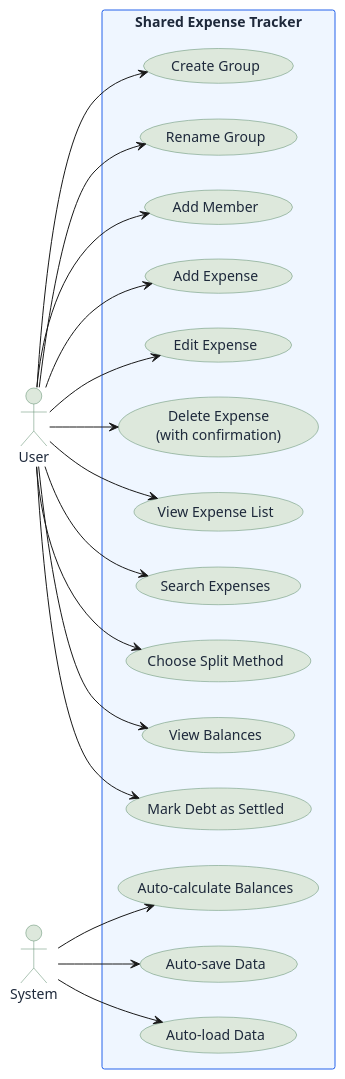
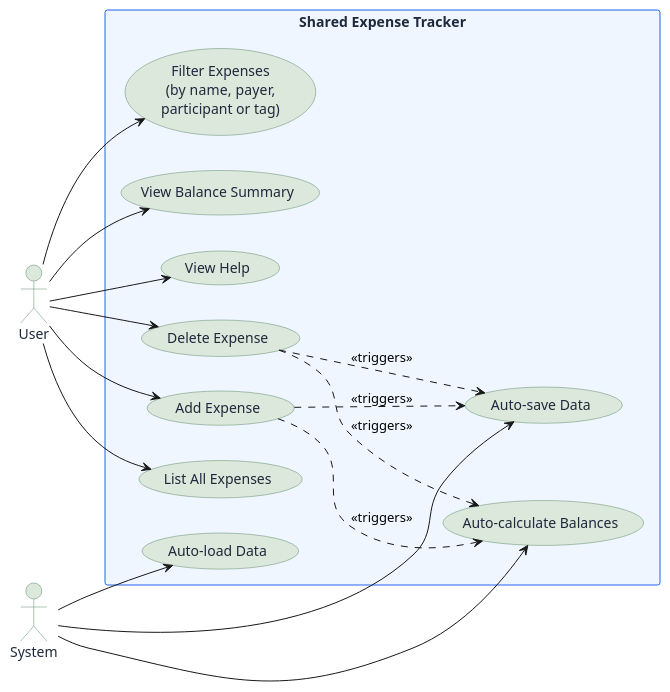
One commit to nus-cs2103de-ay2526s2-grp6/tp changed the diagram in docs/diagrams/UseCaseDiagram.puml. Above: the diagram before and after it, drawn with PlantUML. The commit also changed 3 other files, not shown here.

```diff
--- a/docs/diagrams/UseCaseDiagram.puml
+++ b/docs/diagrams/UseCaseDiagram.puml
@@ -1,63 +1,56 @@
 @startuml
 
 skinparam backgroundColor white
 skinparam defaultFontName Arial
 left to right direction
 
 skinparam usecase {
     BackgroundColor #DDE8DC
     BorderColor #5A8A6A
     FontColor #1E293B
 }
 
 skinparam actor {
     BackgroundColor #DDE8DC
     BorderColor #5A8A6A
     FontColor #1E293B
 }
 
 skinparam rectangle {
     BackgroundColor #EFF6FF
     BorderColor #2563EB
     FontColor #1E293B
 }
 
 actor User as U
 actor System as S
 
 rectangle "Shared Expense Tracker" {
-    usecase "Create Group" as UC1
-    usecase "Rename Group" as UC2
-    usecase "Add Member" as UC3
-    usecase "Add Expense" as UC4
-    usecase "Edit Expense" as UC5
-    usecase "Delete Expense\n(with confirmation)" as UC6
-    usecase "View Expense List" as UC7
-    usecase "Search Expenses" as UC8
-    usecase "Choose Split Method" as UC9
-    usecase "View Balances" as UC10
-    usecase "Mark Debt as Settled" as UC11
-    usecase "Auto-calculate Balances" as UC12
-    usecase "Auto-save Data" as UC13
-    usecase "Auto-load Data" as UC14
+    usecase "Add Expense" as UC1
+    usecase "Delete Expense" as UC2
+    usecase "List All Expenses" as UC3
+    usecase "Filter Expenses\n(by name, payer,\nparticipant or tag)" as UC4
+    usecase "View Balance Summary" as UC5
+    usecase "View Help" as UC6
+    usecase "Auto-calculate Balances" as UC7
+    usecase "Auto-save Data" as UC8
+    usecase "Auto-load Data" as UC9
 }
 
-' User arrows
 U --> UC1
 U --> UC2
 U --> UC3
 U --> UC4
 U --> UC5
 U --> UC6
-U --> UC7
-U --> UC8
-U --> UC9
-U --> UC10
-U --> UC11
 
-' System arrows
-S --> UC12
-S --> UC13
-S --> UC14
+S --> UC7
+S --> UC8
+S --> UC9
+
+UC1 .down.> UC7 : <<triggers>>
+UC1 .down.> UC8 : <<triggers>>
+UC2 .down.> UC7 : <<triggers>>
+UC2 .down.> UC8 : <<triggers>>
 
 @enduml
```
